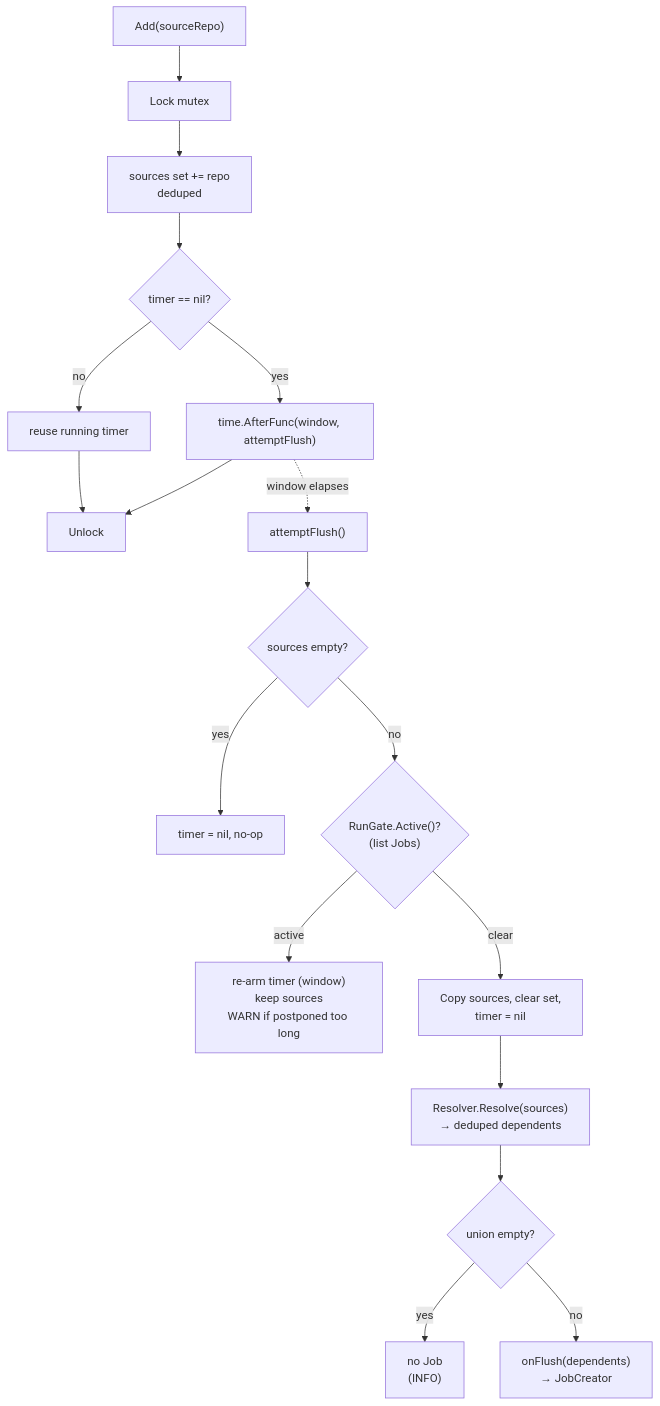
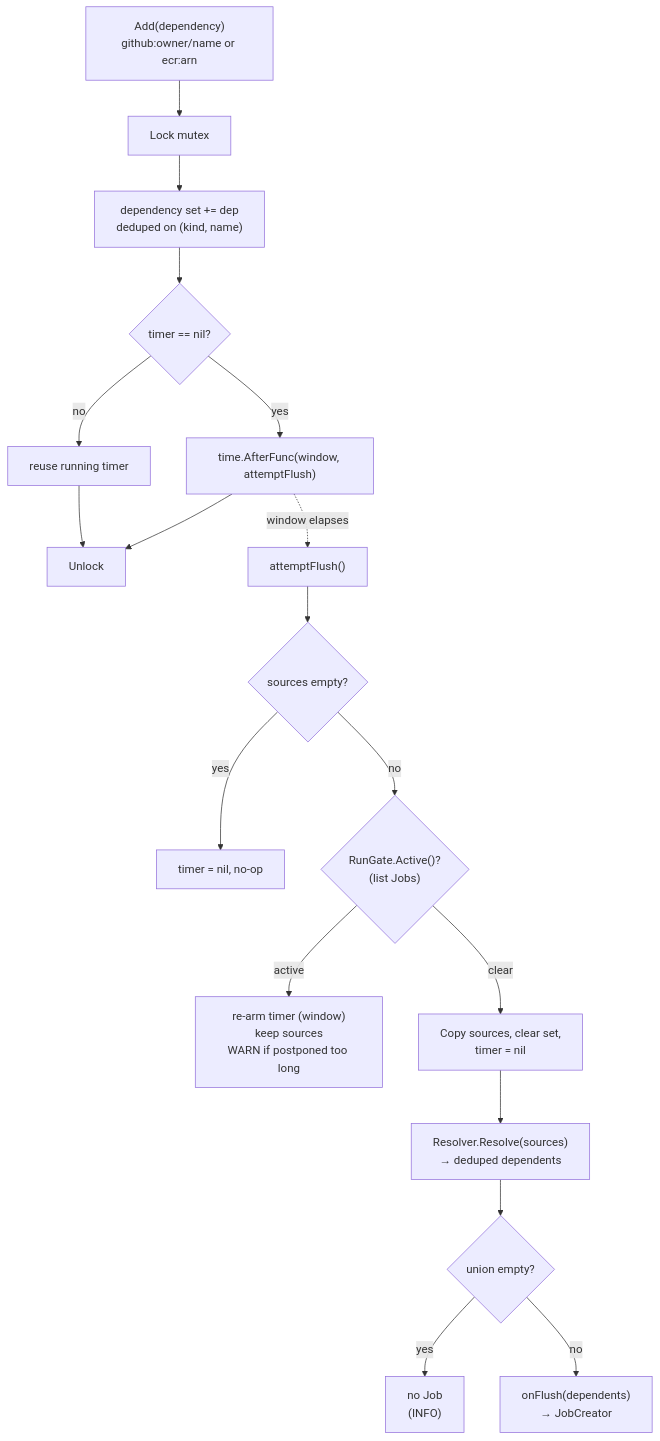
One commit to caseycs/renovate-trigger changed the fourth of 10 diagrams in WORKFLOWS.md. Above: the diagram before and after it, drawn with Mermaid. The commit also changed other lines of this file and 46 other files, not shown here.

````diff
--- a/WORKFLOWS.md
+++ b/WORKFLOWS.md
@@ -141,21 +168,21 @@
 ```mermaid
 flowchart TD
-    A["Add(sourceRepo)"] --> LOCK[Lock mutex]
-    LOCK --> PUT[sources set += repo<br/>deduped]
+    A["Add(dependency)<br/>github:owner/name or ecr:arn"] --> LOCK[Lock mutex]
+    LOCK --> PUT["dependency set += dep<br/>deduped on (kind, name)"]
     PUT --> T{timer == nil?}
     T -->|yes| ARM["time.AfterFunc(window, attemptFlush)"]
     T -->|no| SKIP[reuse running timer]
     ARM --> UNLOCK[Unlock]
     SKIP --> UNLOCK
 
     ARM -. "window elapses" .-> AF["attemptFlush()"]
     AF --> EMPTY{sources empty?}
     EMPTY -->|yes| RESET[timer = nil, no-op]
     EMPTY -->|no| GATE{"RunGate.Active()?<br/>(list Jobs)"}
     GATE -->|"active"| POSTPONE["re-arm timer (window)<br/>keep sources<br/>WARN if postponed too long"]
     GATE -->|"clear"| DRAIN[Copy sources, clear set,<br/>timer = nil]
     DRAIN --> RESOLVE["Resolver.Resolve(sources)<br/>→ deduped dependents"]
     RESOLVE --> UNION{union empty?}
     UNION -->|yes| NOOP["no Job<br/>(INFO)"]
     UNION -->|no| CB["onFlush(dependents)<br/>→ JobCreator"]
 ```
````
